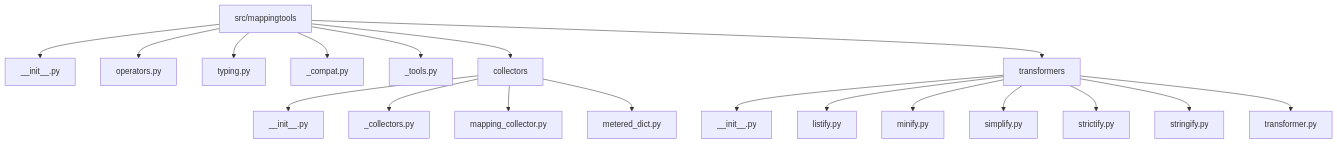
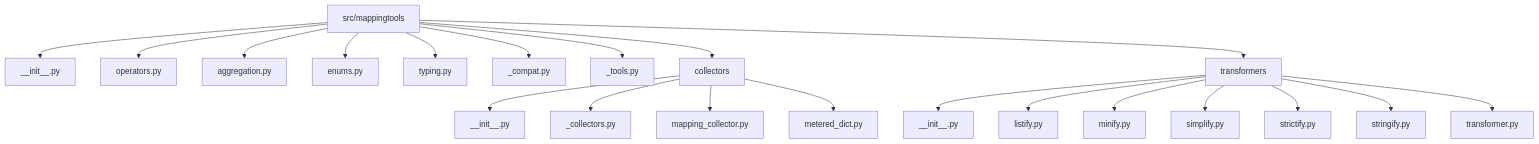
The diagram in docs/diagrams/file_structure.md (erivlis/mappingtools), drawn with Mermaid before and after one commit. The commit also changed 8 other files, not shown here.

````diff
--- a/docs/diagrams/file_structure.md
+++ b/docs/diagrams/file_structure.md
@@ -1,23 +1,25 @@
 ```mermaid
 graph TD
     A[src/mappingtools] --> B[__init__.py]
     A --> C[operators.py]
+    A --> CA[aggregation.py]
+    A --> CB[enums.py]
     A --> D[typing.py]
     A --> E[_compat.py]
     A --> F[_tools.py]
     A --> G[collectors]
     A --> H[transformers]
 
     G --> G1[__init__.py]
     G --> G2[_collectors.py]
     G --> G3[mapping_collector.py]
     G --> G4[metered_dict.py]
 
     H --> H1[__init__.py]
     H --> H2[listify.py]
     H --> H3[minify.py]
     H --> H4[simplify.py]
     H --> H5[strictify.py]
     H --> H6[stringify.py]
     H --> H7[transformer.py]
 ```
````
